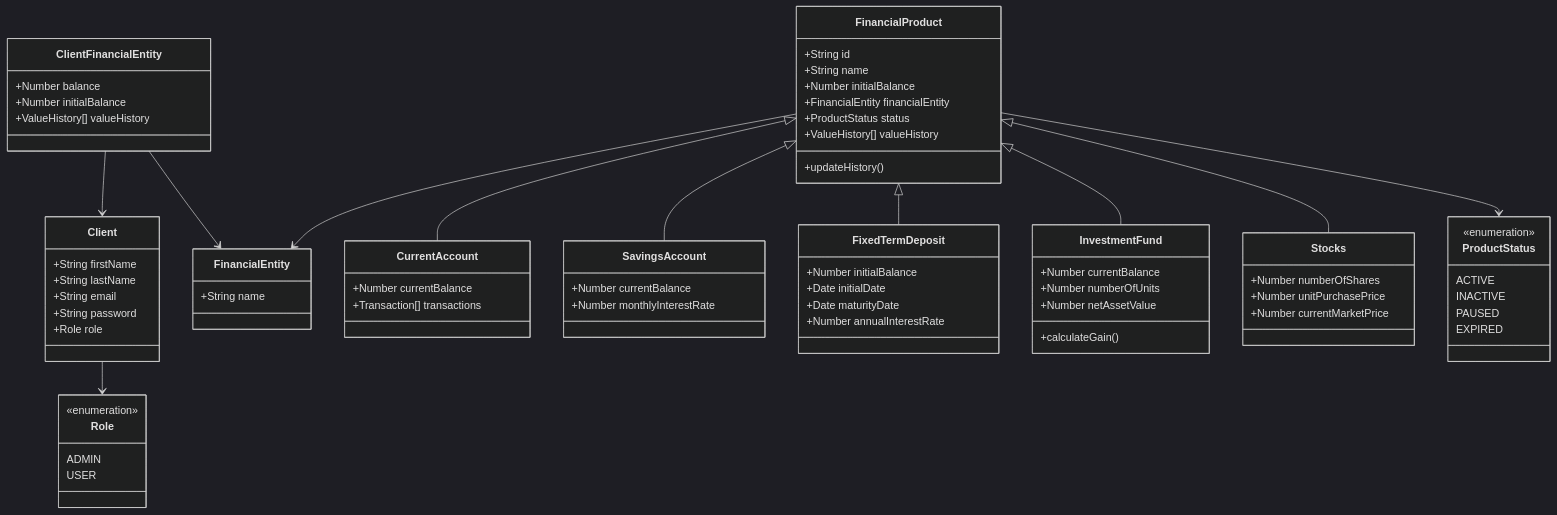
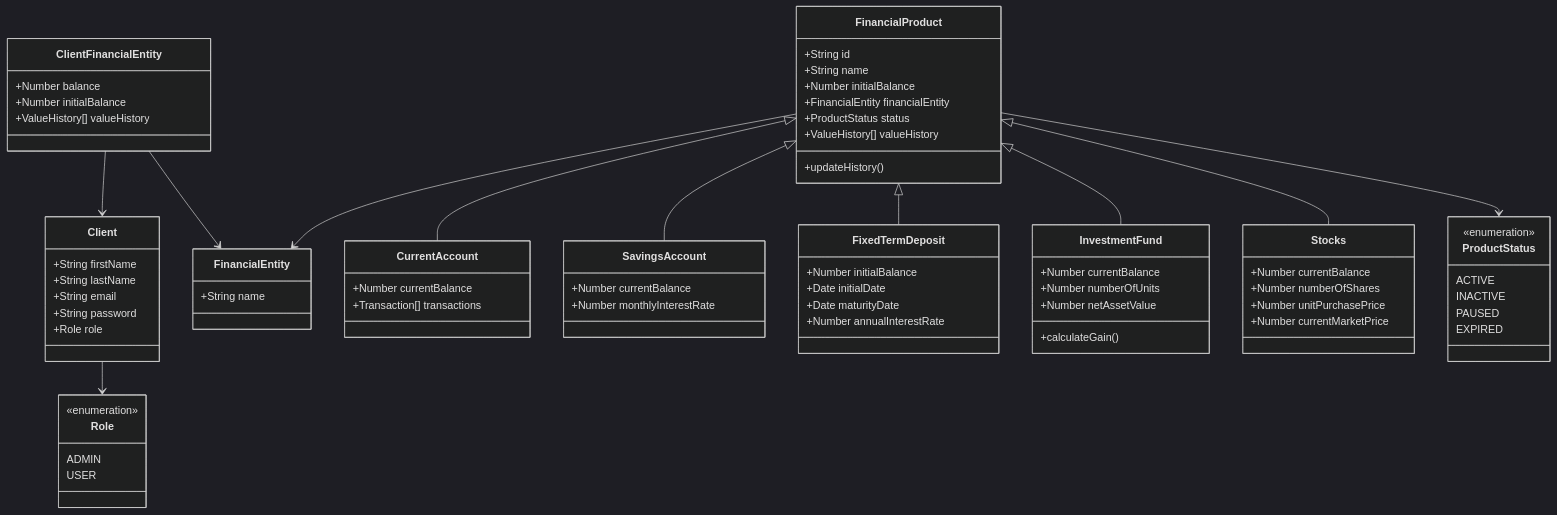
One commit to pabordonez/myfintonic changed the diagram in apps/api/docs/001-myfintonic_design.md. Above: the diagram before and after it, drawn with Mermaid (dark theme). The commit also changed other lines of this file and 9 other files, not shown here.

Commit message:
Add filters and orders in products. Add currentBalance in produts

```diff
--- a/apps/api/docs/001-myfintonic_design.md
+++ b/apps/api/docs/001-myfintonic_design.md
@@ -452,6 +456,7 @@
     }
 
     class Stocks {
+        +Number currentBalance
         +Number numberOfShares
         +Number unitPurchasePrice
         +Number currentMarketPrice
```
